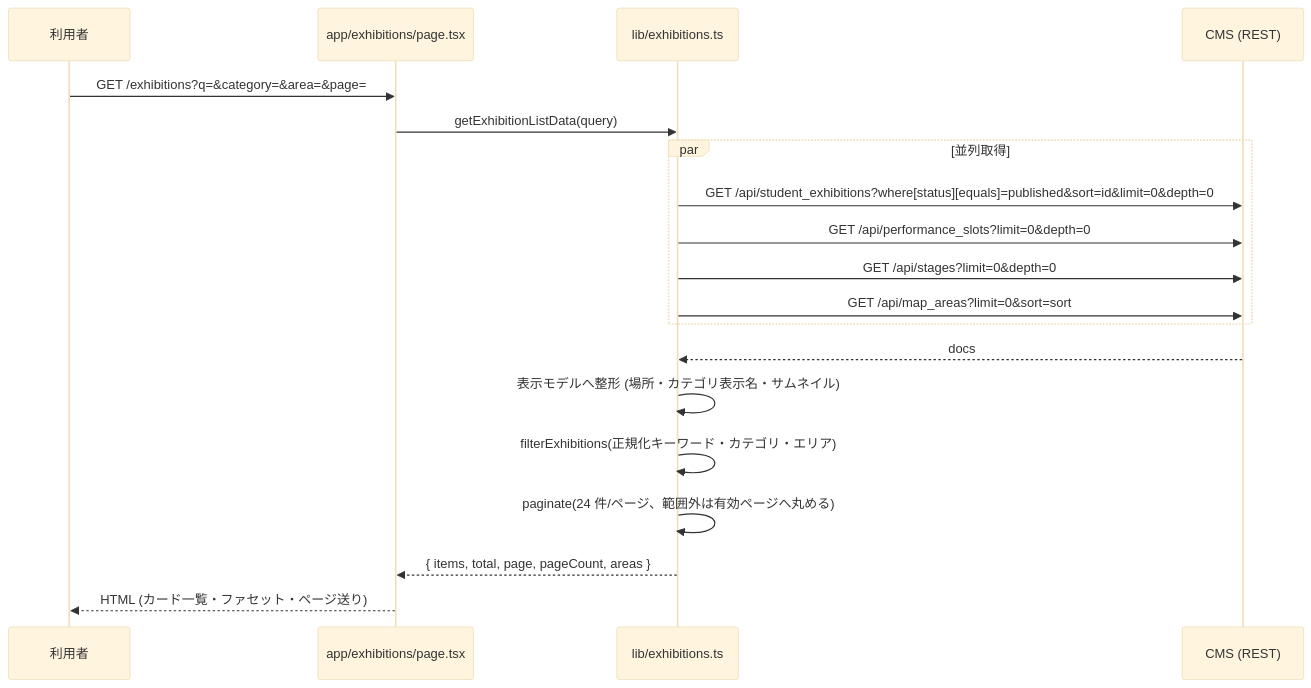
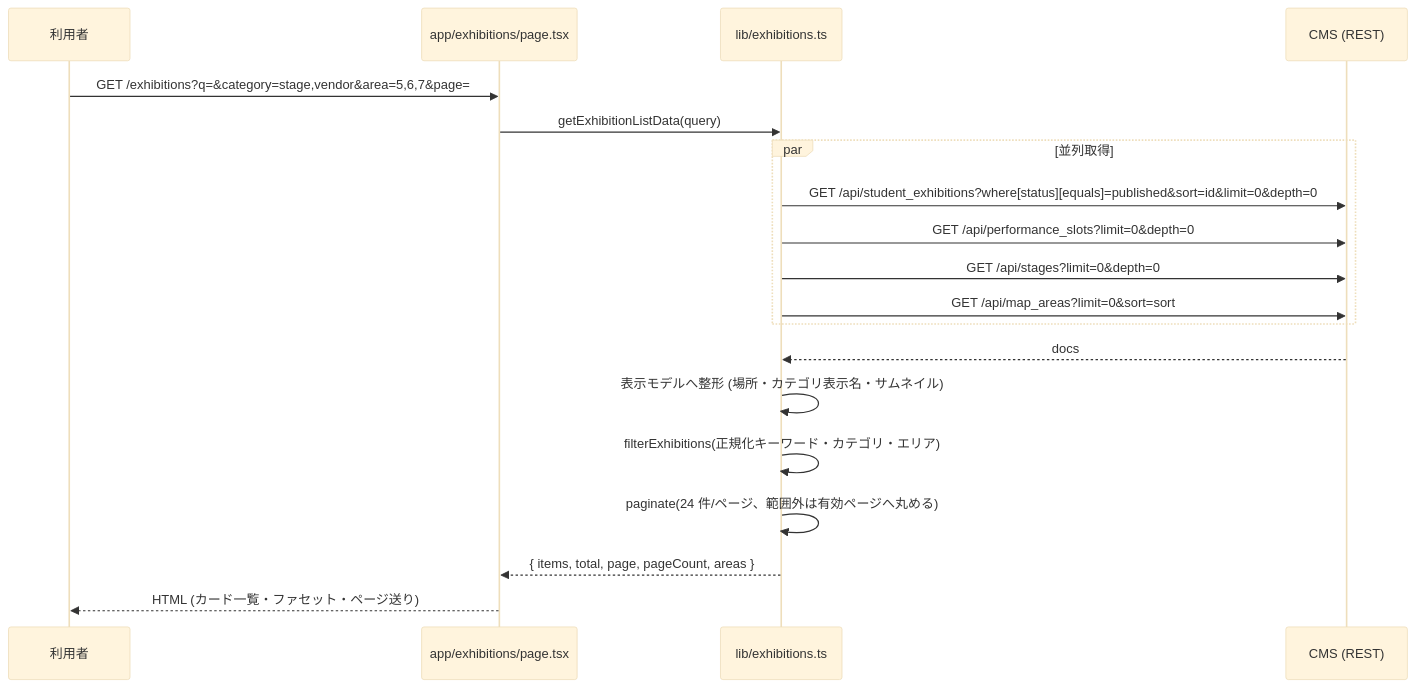
Before and after one commit to aramakisai/aramakisai-web: the second of 5 diagrams in .kiro/specs/exhibition-pages/design.md, drawn with Mermaid (base theme). The commit also changed other lines of this file and 4 other files, not shown here.

````diff
--- a/.kiro/specs/exhibition-pages/design.md
+++ b/.kiro/specs/exhibition-pages/design.md
@@ -189,22 +189,22 @@
 ```mermaid
 sequenceDiagram
   participant U as 利用者
   participant P as app/exhibitions/page.tsx
   participant L as lib/exhibitions.ts
   participant C as CMS (REST)
 
-  U->>P: GET /exhibitions?q=&category=&area=&page=
+  U->>P: GET /exhibitions?q=&category=stage,vendor&area=5,6,7&page=
   P->>L: getExhibitionListData(query)
   par 並列取得
     L->>C: GET /api/student_exhibitions?where[status][equals]=published&sort=id&limit=0&depth=0
     L->>C: GET /api/performance_slots?limit=0&depth=0
     L->>C: GET /api/stages?limit=0&depth=0
     L->>C: GET /api/map_areas?limit=0&sort=sort
   end
   C-->>L: docs
   L->>L: 表示モデルへ整形 (場所・カテゴリ表示名・サムネイル)
   L->>L: filterExhibitions(正規化キーワード・カテゴリ・エリア)
   L->>L: paginate(24 件/ページ、範囲外は有効ページへ丸める)
   L-->>P: { items, total, page, pageCount, areas }
   P-->>U: HTML (カード一覧・ファセット・ページ送り)
 ```
````
